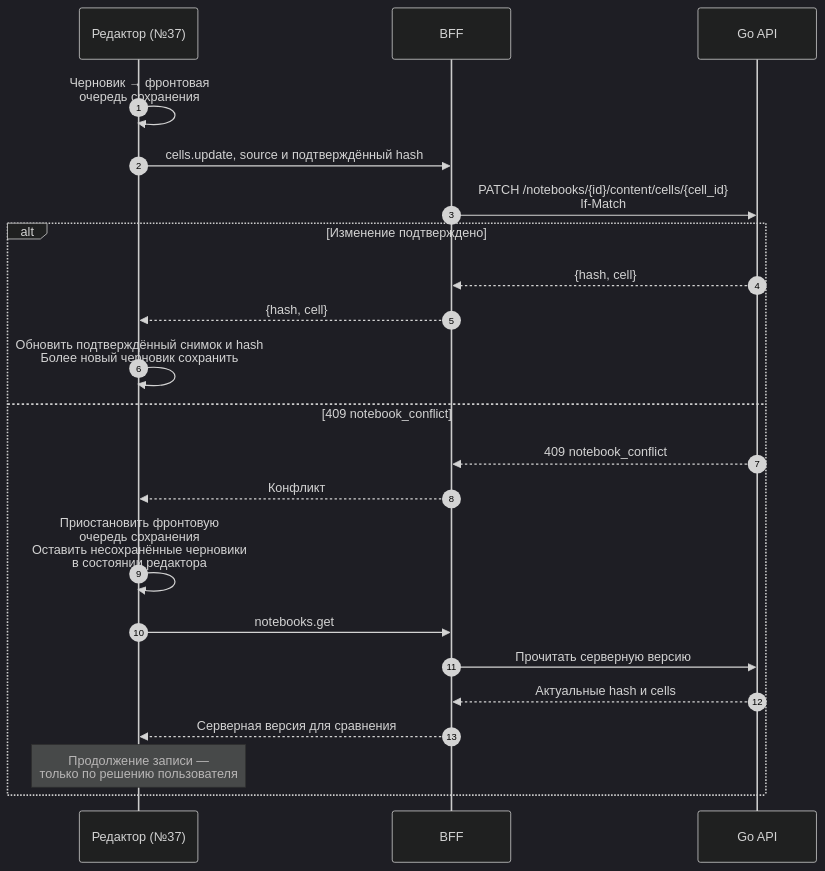
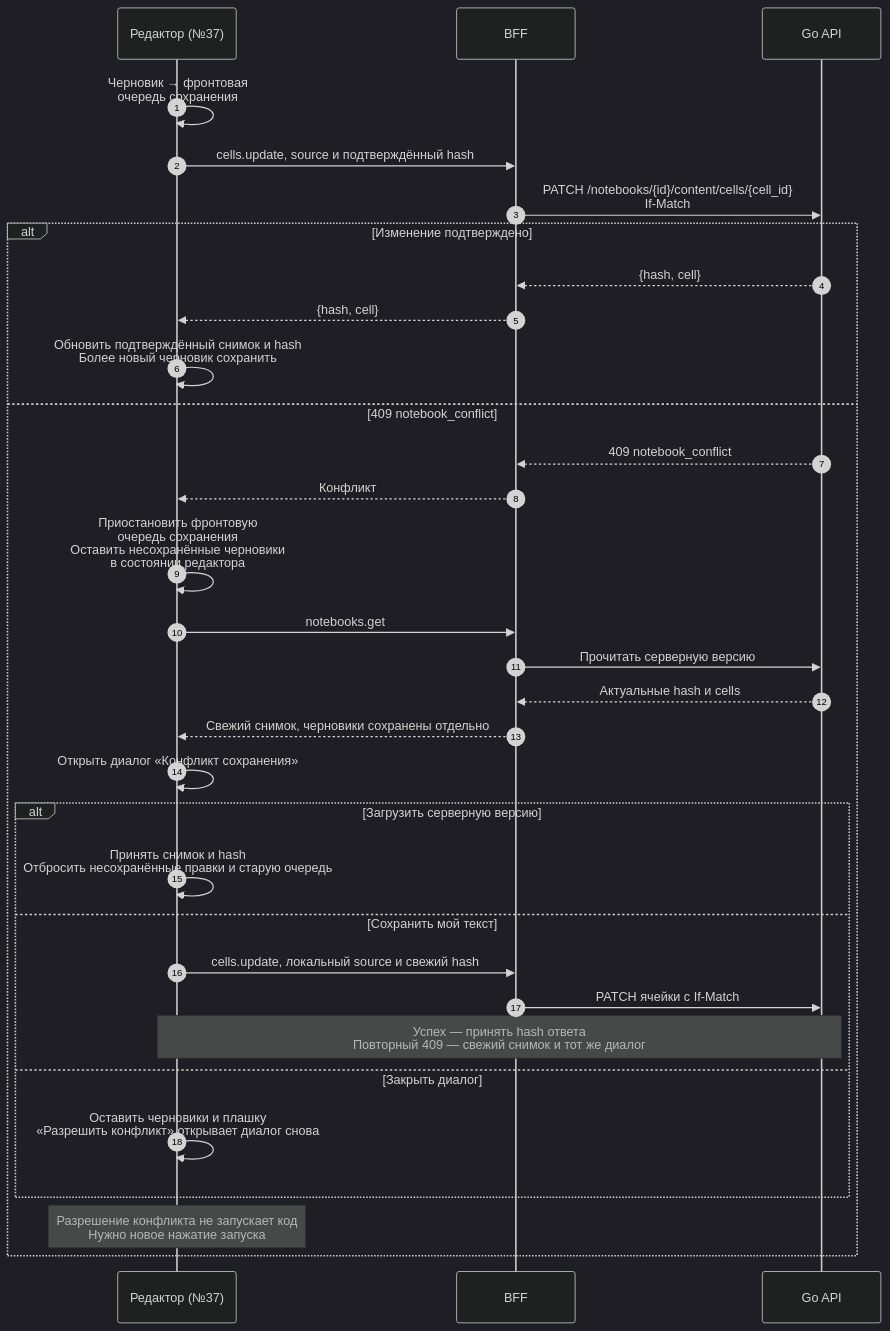
Before and after one commit to Cringe-Driven-Development-Team/docs: the first of 2 diagrams in site/modules/2/tracks/file-exec/contract.md, drawn with Mermaid (dark theme). The commit also changed other lines of this file and 2 other files, not shown here.

Commit message:
docs(блокноты): уточнить разрешение конфликтов и запуск

````diff
--- a/site/modules/2/tracks/file-exec/contract.md
+++ b/site/modules/2/tracks/file-exec/contract.md
@@ -637,25 +657,35 @@
 ```mermaid
 sequenceDiagram
   %% Сохранение: общая очередь, подтверждение и явное разрешение конфликта.
   autonumber
   participant Editor as Редактор (№37)
   participant BFF
   participant Go as Go API
   Editor->>Editor: Черновик → фронтовая<br/>очередь сохранения
   Editor->>BFF: cells.update, source и подтверждённый hash
   BFF->>Go: PATCH /notebooks/{id}/content/cells/{cell_id}<br/>If-Match
   alt Изменение подтверждено
     Go-->>BFF: {hash, cell}
     BFF-->>Editor: {hash, cell}
     Editor->>Editor: Обновить подтверждённый снимок и hash<br/>Более новый черновик сохранить
   else 409 notebook_conflict
     Go-->>BFF: 409 notebook_conflict
     BFF-->>Editor: Конфликт
     Editor->>Editor: Приостановить фронтовую<br/>очередь сохранения<br/>Оставить несохранённые черновики<br/>в состоянии редактора
     Editor->>BFF: notebooks.get
     BFF->>Go: Прочитать серверную версию
     Go-->>BFF: Актуальные hash и cells
-    BFF-->>Editor: Серверная версия для сравнения
-    Note over Editor: Продолжение записи —<br/>только по решению пользователя
+    BFF-->>Editor: Свежий снимок, черновики сохранены отдельно
+    Editor->>Editor: Открыть диалог «Конфликт сохранения»
+    alt Загрузить серверную версию
+      Editor->>Editor: Принять снимок и hash<br/>Отбросить несохранённые правки и старую очередь
+    else Сохранить мой текст
+      Editor->>BFF: cells.update, локальный source и свежий hash
+      BFF->>Go: PATCH ячейки с If-Match
+      Note over Editor,Go: Успех — принять hash ответа<br/>Повторный 409 — свежий снимок и тот же диалог
+    else Закрыть диалог
+      Editor->>Editor: Оставить черновики и плашку<br/>«Разрешить конфликт» открывает диалог снова
+    end
+    Note over Editor: Разрешение конфликта не запускает код<br/>Нужно новое нажатие запуска
   end
 ```
````
